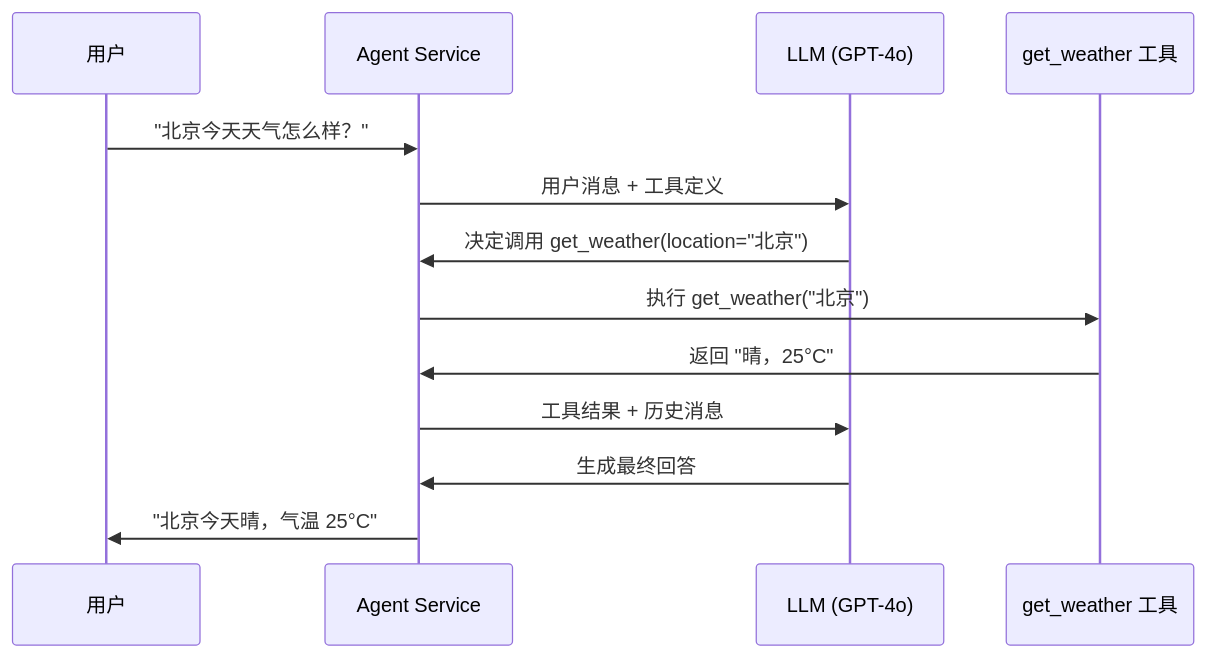
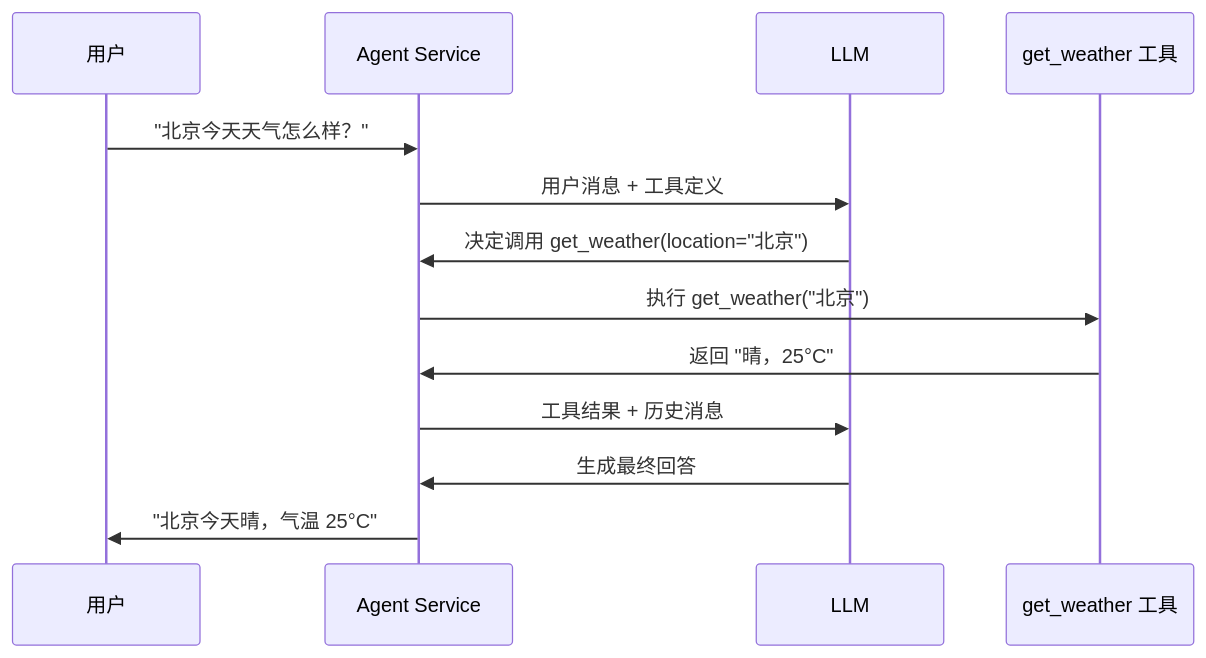
Before and after one commit to A1pha3/text-matrix: the second of 2 diagrams in content/posts/tech/ai-agents-for-beginners-microsoft-complete-guide.md, drawn with Mermaid. The commit also changed other lines of this file and 227 other files, not shown here.

````diff
--- a/content/posts/tech/ai-agents-for-beginners-microsoft-complete-guide.md
+++ b/content/posts/tech/ai-agents-for-beginners-microsoft-complete-guide.md
@@ -232,16 +244,16 @@
 ```mermaid
 sequenceDiagram
     participant U as 用户
     participant A as Agent Service
-    participant M as LLM (GPT-4o)
+    participant M as LLM
     participant T as get_weather 工具
 
     U->>A: "北京今天天气怎么样？"
     A->>M: 用户消息 + 工具定义
     M->>A: 决定调用 get_weather(location="北京")
     A->>T: 执行 get_weather("北京")
     T->>A: 返回 "晴，25°C"
     A->>M: 工具结果 + 历史消息
     M->>A: 生成最终回答
     A->>U: "北京今天晴，气温 25°C"
 ```
````
